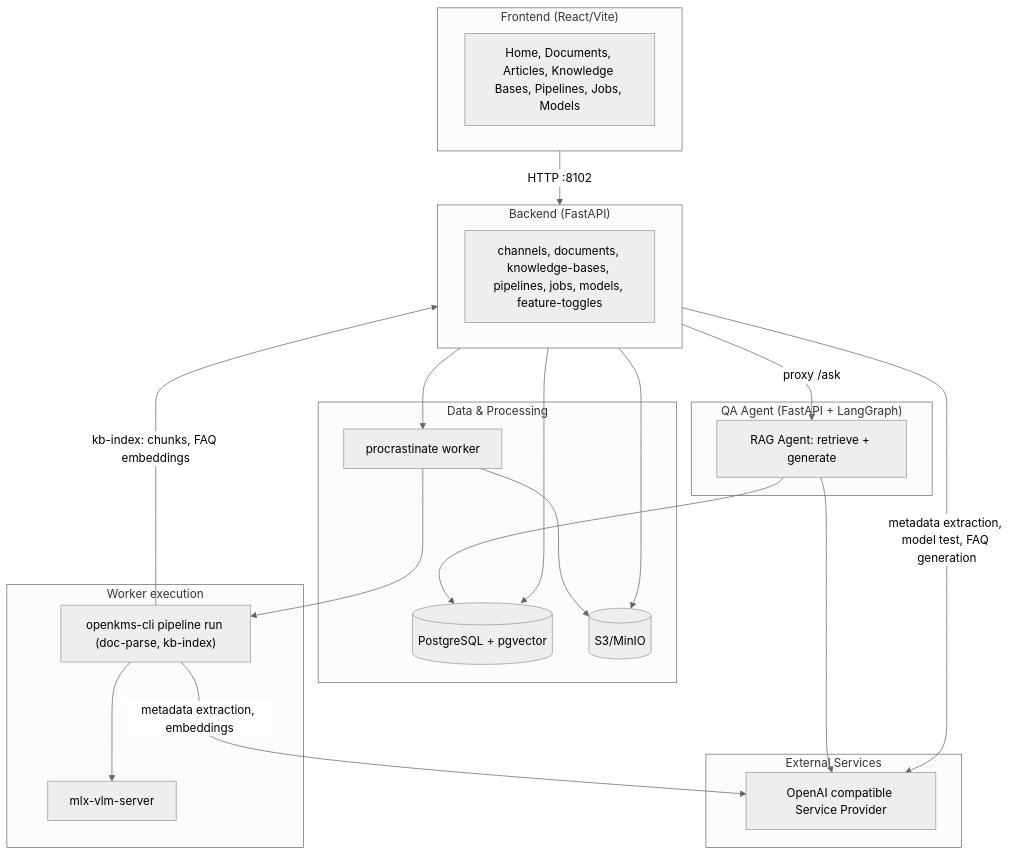
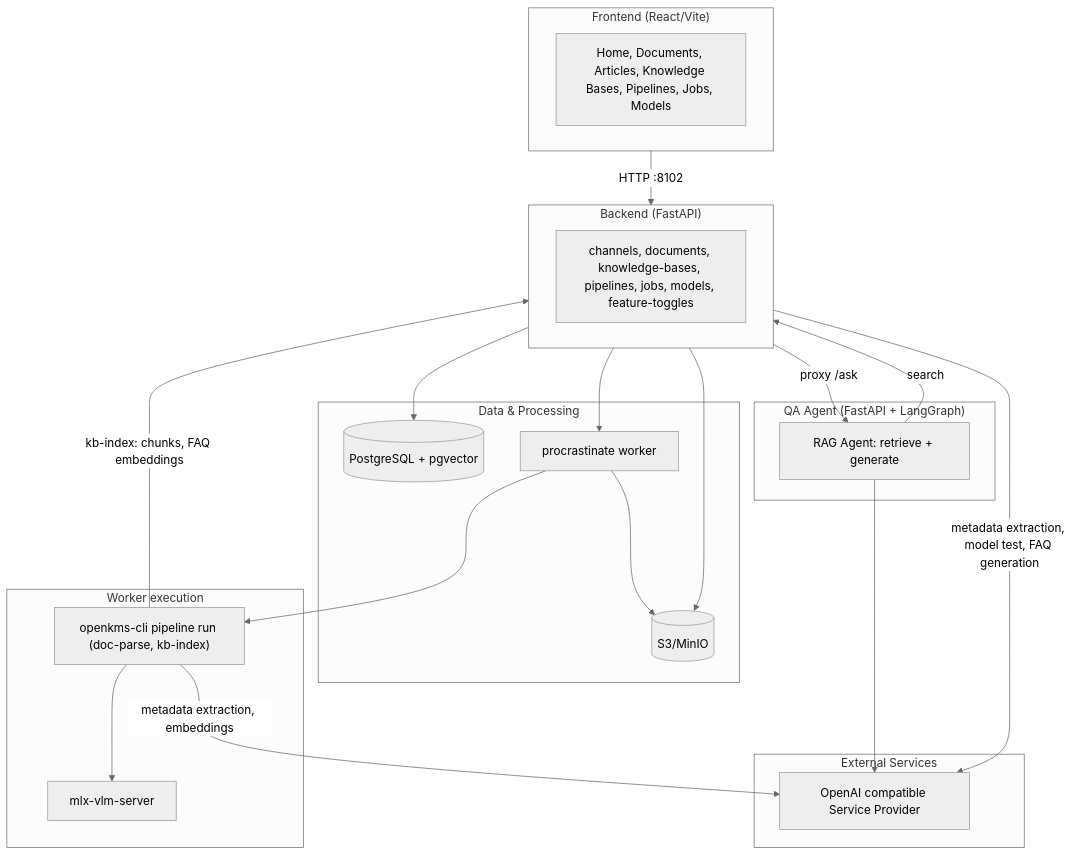
One commit to yingrui/openKMS changed the first of 5 diagrams in docs/architecture.md. Above: the diagram before and after it, drawn with Mermaid (neutral theme). The commit also changed other lines of this file and 13 other files, not shown here.

First line of the commit message:
feat(qa-agent): use backend API instead of direct DB access

````diff
--- a/docs/architecture.md
+++ b/docs/architecture.md
@@ -5,43 +5,43 @@
 ```mermaid
 flowchart TB
   subgraph Frontend["Frontend (React/Vite)"]
     FE["Home, Documents, Articles, Knowledge Bases, Pipelines, Jobs, Models"]
   end
 
   subgraph Backend["Backend (FastAPI)"]
     API["channels, documents, knowledge-bases, pipelines, jobs, models, feature-toggles"]
   end
 
   subgraph Storage["Data & Processing"]
     PG[("PostgreSQL + pgvector")]
     S3[(S3/MinIO)]
     Worker["procrastinate worker"]
   end
 
   subgraph WorkerDetail["Worker execution"]
     CLI["openkms-cli pipeline run (doc-parse, kb-index)"]
     VLM["mlx-vlm-server"]
   end
 
   subgraph QAAgent["QA Agent (FastAPI + LangGraph)"]
     Agent["RAG Agent: retrieve + generate"]
   end
 
   subgraph External["External Services"]
     LLM["OpenAI compatible Service Provider"]
   end
 
   Frontend -->|HTTP :8102| Backend
   Backend --> PG
   Backend --> S3
   Backend --> Worker
   Backend -->|metadata extraction, model test, FAQ generation| LLM
   Backend -->|proxy /ask| Agent
-  Agent --> PG
+  Agent -->|search| Backend
   Agent --> LLM
   Worker --> S3
   Worker --> CLI
   CLI --> VLM
   CLI -->|metadata extraction, embeddings| LLM
   CLI -->|kb-index: chunks, FAQ embeddings| Backend
 ```
````
